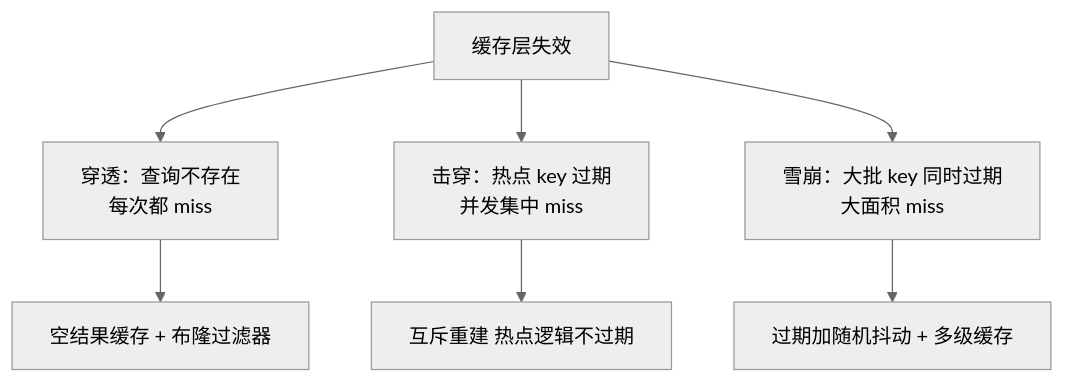
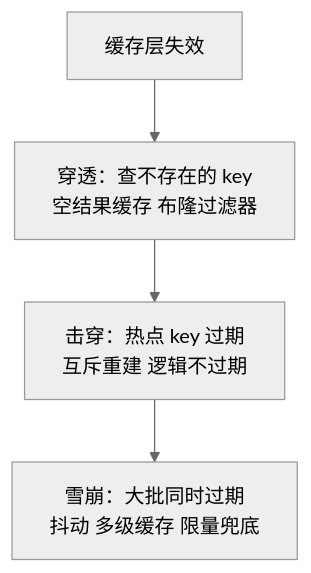
Before and after one commit to hub138/technical-knowledge: the diagram in vault/工程知识/后端系统：在并发、失败与变化中维持服务/服务设计/缓存穿透击穿与雪崩是三种不同的失效模式.md, drawn with Mermaid (neutral theme). The commit also changed other lines of this file and 3 other files, not shown here.

Commit message:
配图：第二批 10 篇插图（1 篇 Istio 官方架构图＋9 篇自绘），截图验收与审计全过

````diff
--- a/vault/工程知识/后端系统：在并发、失败与变化中维持服务/服务设计/缓存穿透击穿与雪崩是三种不同的失效模式.md
+++ b/vault/工程知识/后端系统：在并发、失败与变化中维持服务/服务设计/缓存穿透击穿与雪崩是三种不同的失效模式.md
@@ -38,9 +38,6 @@
 ```mermaid
 graph TD
-    A["缓存层失效"] --> B["穿透：查询不存在<br/>每次都 miss"]
-    A --> C["击穿：热点 key 过期<br/>并发集中 miss"]
-    A --> D["雪崩：大批 key 同时过期<br/>大面积 miss"]
-    B --> E["空结果缓存 + 布隆过滤器"]
-    C --> F["互斥重建 热点逻辑不过期"]
-    D --> G["过期加随机抖动 + 多级缓存"]
+    A["缓存层失效"] --> B["穿透：查不存在的 key<br/>空结果缓存 布隆过滤器"]
+    B --> C["击穿：热点 key 过期<br/>互斥重建 逻辑不过期"]
+    C --> D["雪崩：大批同时过期<br/>抖动 多级缓存 限量兜底"]
 ```
````
